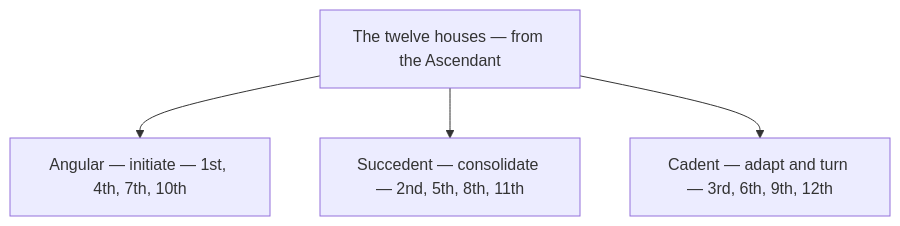
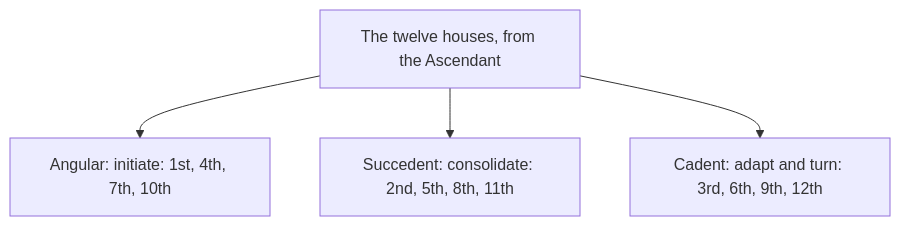
Before and after one commit to kennethreitz/kennethreitz.org: the diagram in data/knowledge/astrology/houses/index.md, drawn with Mermaid. The commit also changed other lines of this file and 879 other files, not shown here.

````diff
--- a/data/knowledge/astrology/houses/index.md
+++ b/data/knowledge/astrology/houses/index.md
@@ -18,7 +18,7 @@
 ```mermaid
 flowchart TD
-    H["The twelve houses — from the Ascendant"]
-    H --> A["Angular — initiate — 1st, 4th, 7th, 10th"]
-    H --> S["Succedent — consolidate — 2nd, 5th, 8th, 11th"]
-    H --> C["Cadent — adapt and turn — 3rd, 6th, 9th, 12th"]
+    H["The twelve houses, from the Ascendant"]
+    H --> A["Angular: initiate: 1st, 4th, 7th, 10th"]
+    H --> S["Succedent: consolidate: 2nd, 5th, 8th, 11th"]
+    H --> C["Cadent: adapt and turn: 3rd, 6th, 9th, 12th"]
 ```
````
